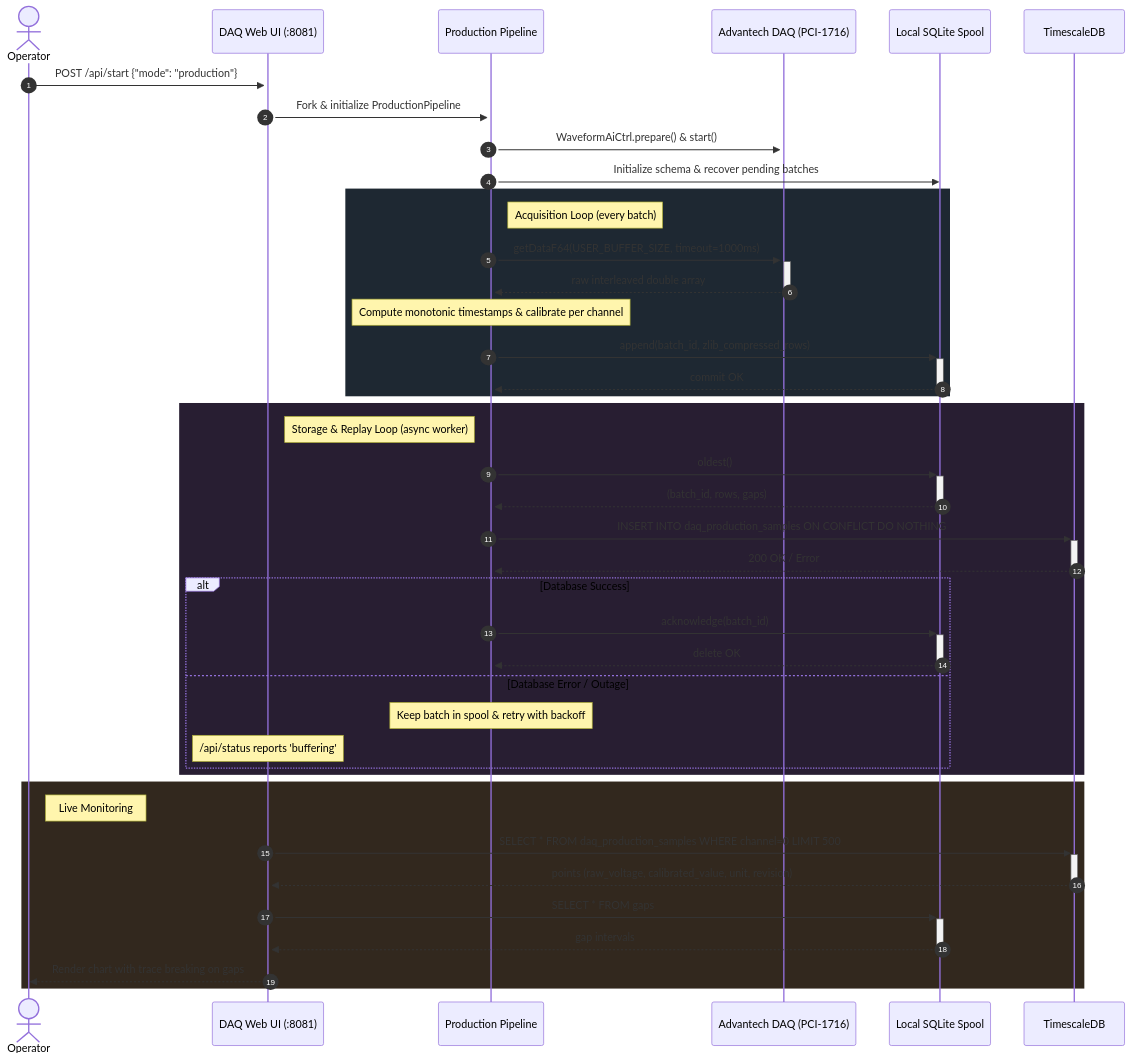
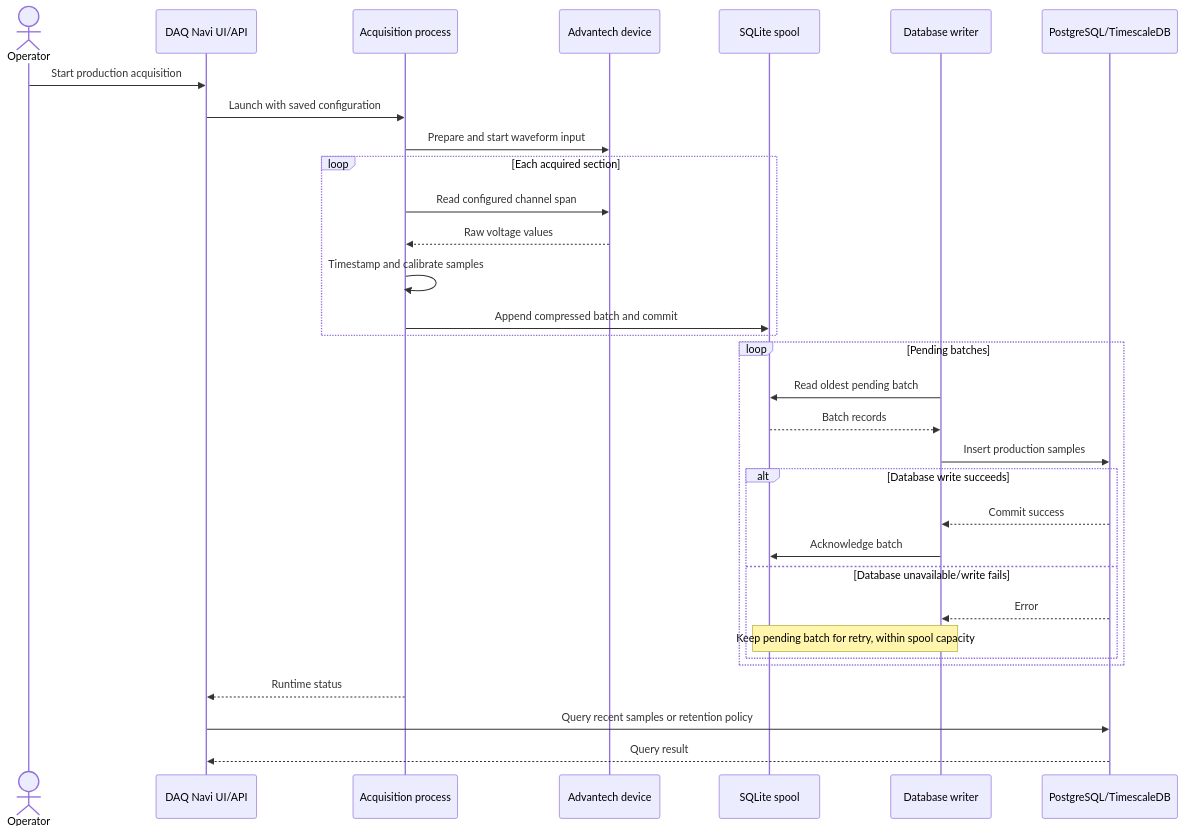
One commit to Faiisu/IIoT-data-ingest changed the diagram in docs/architecture/sequences/streaming_pipeline.md. Above: the diagram before and after it, drawn with Mermaid. The commit also changed other lines of this file and 15 other files, not shown here.

````diff
--- a/docs/architecture/sequences/streaming_pipeline.md
+++ b/docs/architecture/sequences/streaming_pipeline.md
@@ -3,48 +3,35 @@
 ```mermaid
 sequenceDiagram
-    autonumber
     actor Operator
-    participant WebUI as DAQ Web UI (:8081)
-    participant Pipeline as Production Pipeline
-    participant HW as Advantech DAQ (PCI-1716)
-    participant Spool as Local SQLite Spool
-    participant DB as TimescaleDB
+    participant Web as DAQ Navi UI/API
+    participant Process as Acquisition process
+    participant DAQ as Advantech device
+    participant Spool as SQLite spool
+    participant Writer as Database writer
+    participant DB as PostgreSQL/TimescaleDB
 
-    Operator->>+WebUI: POST /api/start {"mode": "production"}
-    WebUI->>+Pipeline: Fork & initialize ProductionPipeline
-    Pipeline->>+HW: WaveformAiCtrl.prepare() & start()
-    Pipeline->>Spool: Initialize schema & recover pending batches
-
-    rect rgb(30, 40, 50)
-        Note right of Pipeline: Acquisition Loop (every batch)
-        Pipeline->>+HW: getDataF64(USER_BUFFER_SIZE, timeout=1000ms)
-        HW-->>-Pipeline: raw interleaved double array
-        Note over Pipeline: Compute monotonic timestamps & calibrate per channel
-        Pipeline->>+Spool: append(batch_id, zlib_compressed_rows)
-        Spool-->>-Pipeline: commit OK
+    Operator->>Web: Start production acquisition
+    Web->>Process: Launch with saved configuration
+    Process->>DAQ: Prepare and start waveform input
+    loop Each acquired section
+        Process->>DAQ: Read configured channel span
+        DAQ-->>Process: Raw voltage values
+        Process->>Process: Timestamp and calibrate samples
+        Process->>Spool: Append compressed batch and commit
     end
-
-    rect rgb(40, 30, 50)
-        Note left of Pipeline: Storage & Replay Loop (async worker)
-        Pipeline->>+Spool: oldest()
-        Spool-->>-Pipeline: (batch_id, rows, gaps)
-        Pipeline->>+DB: INSERT INTO daq_production_samples ON CONFLICT DO NOTHING
-        DB-->>-Pipeline: 200 OK / Error
-        alt Database Success
-            Pipeline->>+Spool: acknowledge(batch_id)
-            Spool-->>-Pipeline: delete OK
-        else Database Error / Outage
-            Note over Pipeline: Keep batch in spool & retry with backoff
-            Note over WebUI: /api/status reports 'buffering'
+    loop Pending batches
+        Writer->>Spool: Read oldest pending batch
+        Spool-->>Writer: Batch records
+        Writer->>DB: Insert production samples
+        alt Database write succeeds
+            DB-->>Writer: Commit success
+            Writer->>Spool: Acknowledge batch
+        else Database unavailable/write fails
+            DB-->>Writer: Error
+            Note over Writer,Spool: Keep pending batch for retry, within spool capacity
         end
     end
-
-    rect rgb(50, 40, 30)
-        Note right of Operator: Live Monitoring
-        WebUI->>+DB: SELECT * FROM daq_production_samples WHERE channel=0 LIMIT 500
-        DB-->>-WebUI: points (raw_voltage, calibrated_value, unit, revision)
-        WebUI->>+Spool: SELECT * FROM gaps
-        Spool-->>-WebUI: gap intervals
-        WebUI-->>Operator: Render chart with trace breaking on gaps
-    end
+    Process-->>Web: Runtime status
+    Web->>DB: Query recent samples or retention policy
+    DB-->>Web: Query result
 ```
````
